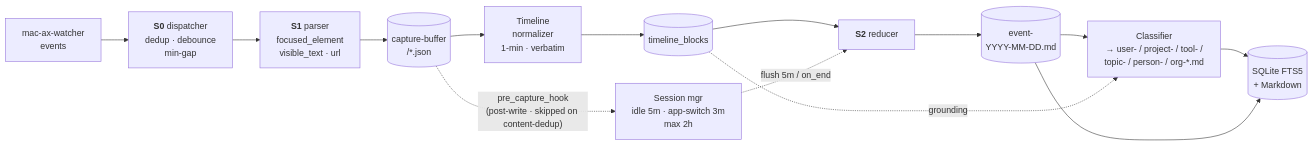
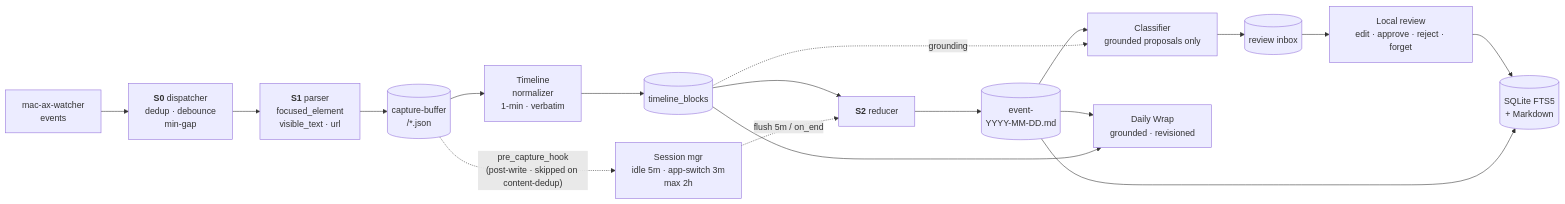
One commit to chimeraHHH/OpenChronicle changed the diagram in README.md. Above: the diagram before and after it, drawn with Mermaid. The commit also changed other lines of this file and 52 other files, not shown here.

Commit message:
add grounded review-first memory and Daily Wrap

````diff
--- a/README.md
+++ b/README.md
@@ -92,20 +92,25 @@
 ```mermaid
 flowchart LR
     W[mac-ax-watcher<br/>events]
     S0["<b>S0</b> dispatcher<br/>dedup · debounce<br/>min-gap"]
     S1["<b>S1</b> parser<br/>focused_element<br/>visible_text · url"]
     BUF[(capture-buffer<br/>/*.json)]
     TL["Timeline<br/>normalizer<br/>1-min · verbatim"]
     TB[(timeline_blocks)]
     SM["Session mgr<br/>idle 5m · app-switch 3m<br/>max 2h"]
     S2["<b>S2</b> reducer"]
     ED[(event-<br/>YYYY-MM-DD.md)]
-    CLF["Classifier<br/>→ user- / project- / tool- /<br/>topic- / person- / org-*.md"]
+    CLF["Classifier<br/>grounded proposals only"]
+    CAND[(review inbox)]
+    REVIEW["Local review<br/>edit · approve · reject · forget"]
+    WRAP["Daily Wrap<br/>grounded · revisioned"]
     STORE[("SQLite FTS5<br/>+ Markdown")]
 
-    W --> S0 --> S1 --> BUF --> TL --> TB --> S2 --> ED --> CLF --> STORE
+    W --> S0 --> S1 --> BUF --> TL --> TB --> S2 --> ED --> CLF --> CAND --> REVIEW --> STORE
     ED --> STORE
+    ED --> WRAP
+    TB --> WRAP
     BUF -. pre_capture_hook<br/>(post-write · skipped on content-dedup) .-> SM
     SM -. flush 5m / on_end .-> S2
     TB -. grounding .-> CLF
 ```
````
